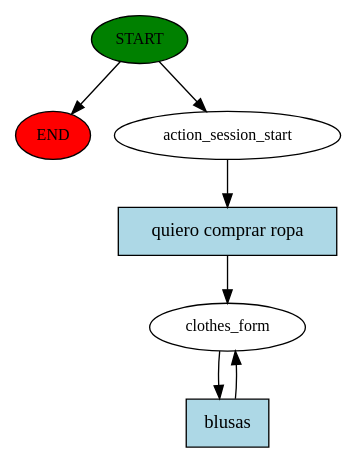
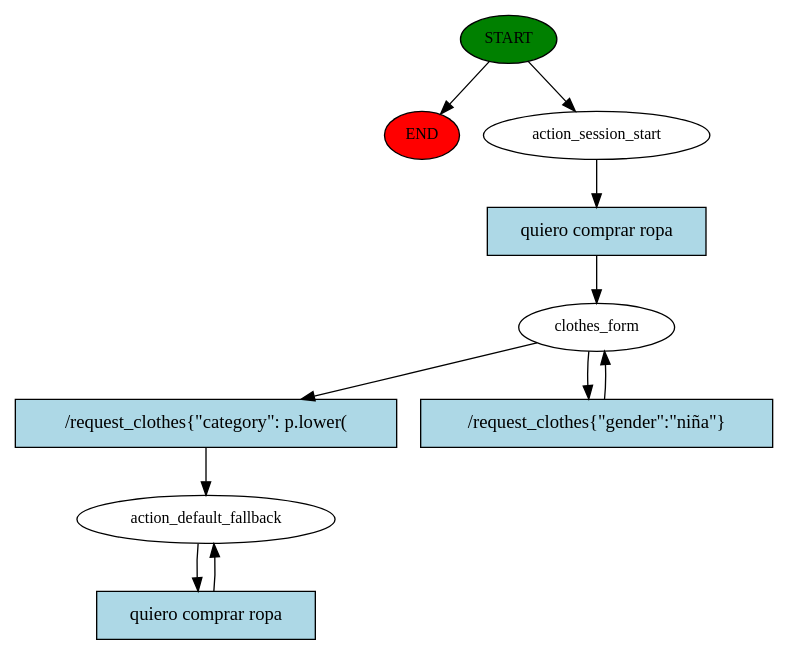
The diagram in chatbot/story_graph.dot (kabirivan/ChatBot-Clothes), drawn with Graphviz before and after one commit. The commit also changed 14 other files, not shown here.

```diff
--- a/chatbot/story_graph.dot
+++ b/chatbot/story_graph.dot
@@ -1,14 +1,21 @@
 digraph  {
 0 [class="start active", fillcolor=green, fontsize=12, label=START, style=filled];
 "-1" [class=end, fillcolor=red, fontsize=12, label=END, style=filled];
 1 [class=active, fontsize=12, label=action_session_start];
-2 [class="active dashed", fontsize=12, label=clothes_form];
+2 [class=active, fontsize=12, label=clothes_form];
+4 [class="active dashed", fontsize=12, label=action_default_fallback];
 6 [class="intent active", fillcolor=lightblue, label="quiero comprar ropa", shape=rect, style=filled];
-7 [class="intent active", fillcolor=lightblue, label=blusas, shape=rect, style=filled];
+7 [class="intent active", fillcolor=lightblue, label="/request_clothes{\"category\": p.lower(", shape=rect, style=filled];
+8 [class="intent active", fillcolor=lightblue, label="/request_clothes{\"gender\":\"niña\"}", shape=rect, style=filled];
+9 [class="intent active", fillcolor=lightblue, label="quiero comprar ropa", shape=rect, style=filled];
 0 -> "-1"  [class="", key=NONE, label=""];
 0 -> 1  [class=active, key=NONE, label=""];
 1 -> 6  [class=active, key=0];
 2 -> 7  [class=active, key=0];
+2 -> 8  [class=active, key=0];
+4 -> 9  [class=active, key=0];
 6 -> 2  [class=active, key=0];
-7 -> 2  [class=active, key=0];
+7 -> 4  [class=active, key=0];
+8 -> 2  [class=active, key=0];
+9 -> 4  [class=active, key=0];
 }
```
